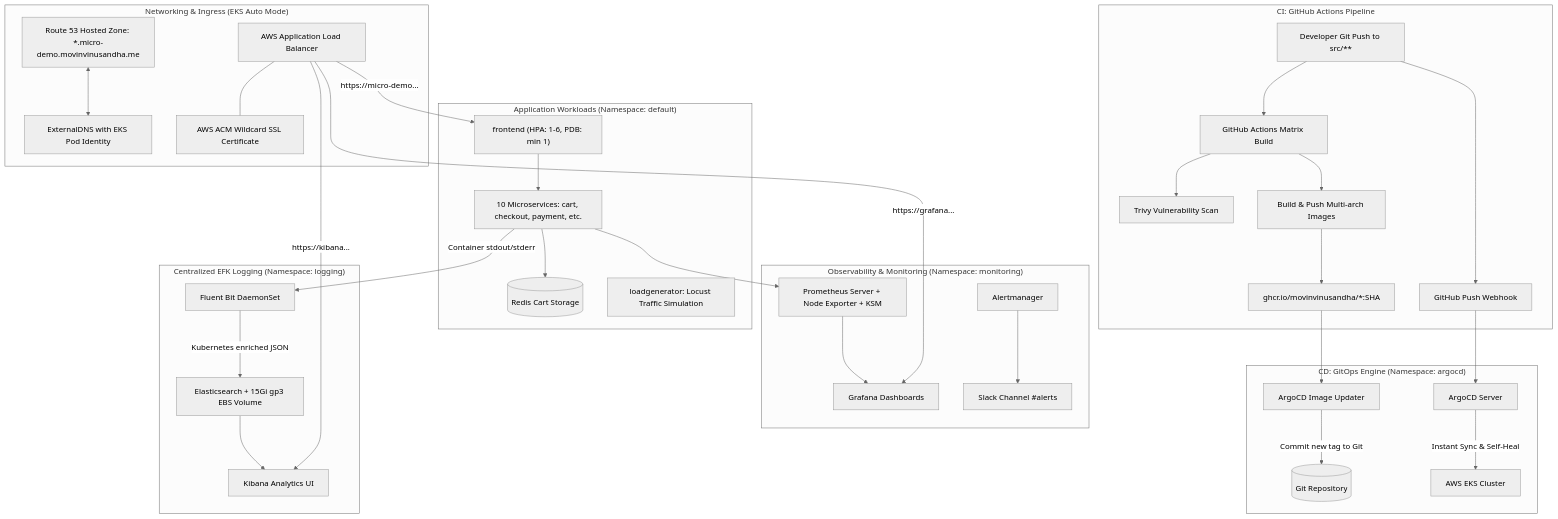
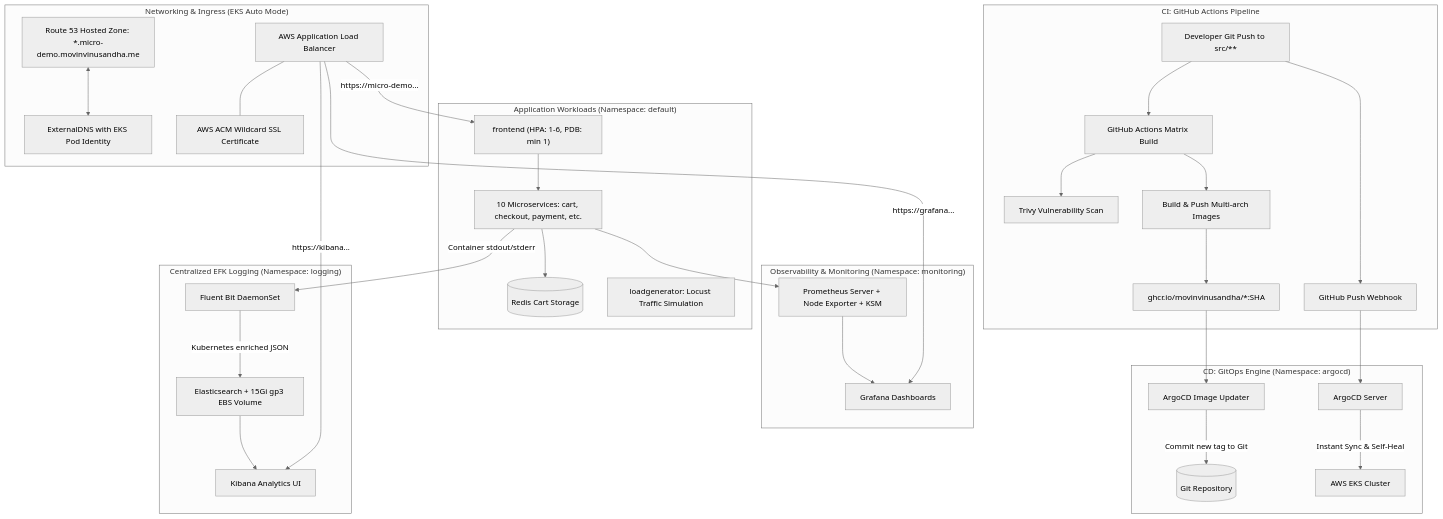
Before and after one commit to MovinVinusandha/google-microservices-demo: the diagram in docs/deployment-guide.md, drawn with Mermaid (neutral theme). The commit also changed other lines of this file and 2 other files, not shown here.

Commit message:
build: update observability documentation and remove Slack integration references

````diff
--- a/docs/deployment-guide.md
+++ b/docs/deployment-guide.md
@@ -9,49 +9,48 @@
 ```mermaid
 flowchart TD
     subgraph CI ["CI: GitHub Actions Pipeline"]
         DEV["Developer Git Push to src/**"] --> GHA["GitHub Actions Matrix Build"]
         GHA --> TRIVY["Trivy Vulnerability Scan"]
         GHA --> DOCKER_BUILD["Build & Push Multi-arch Images"]
         DOCKER_BUILD --> GHCR["ghcr.io/movinvinusandha/*:SHA"]
         DEV --> WEBHOOK["GitHub Push Webhook"]
     end
 
     subgraph CD ["CD: GitOps Engine (Namespace: argocd)"]
         WEBHOOK --> ARGOCD["ArgoCD Server"]
         GHCR --> UPDATER["ArgoCD Image Updater"]
         UPDATER -->|Commit new tag to Git| GIT_REPO[("Git Repository")]
         ARGOCD -->|Instant Sync & Self-Heal| EKS["AWS EKS Cluster"]
     end
 
     subgraph NETWORKING ["Networking & Ingress (EKS Auto Mode)"]
         R53["Route 53 Hosted Zone: *.micro-demo.movinvinusandha.me"]
         EXT_DNS["ExternalDNS with EKS Pod Identity"]
         ALB["AWS Application Load Balancer"]
         ACM["AWS ACM Wildcard SSL Certificate"]
         
         R53 <--> EXT_DNS
         ALB --- ACM
     end
 
     subgraph WORKLOADS ["Application Workloads (Namespace: default)"]
         ALB -->|https://micro-demo...| FRONTEND["frontend (HPA: 1-6, PDB: min 1)"]
         FRONTEND --> SERVICES["10 Microservices: cart, checkout, payment, etc."]
         SERVICES --> REDIS[("Redis Cart Storage")]
         LOADGEN["loadgenerator: Locust Traffic Simulation"]
     end
 
     subgraph OBSERVABILITY ["Observability & Monitoring (Namespace: monitoring)"]
         ALB -->|https://grafana...| GRAFANA["Grafana Dashboards"]
         PROM["Prometheus Server + Node Exporter + KSM"]
-        AM["Alertmanager"] --> SLACK["Slack Channel #alerts"]
         SERVICES --> PROM
         PROM --> GRAFANA
     end
 
     subgraph LOGGING ["Centralized EFK Logging (Namespace: logging)"]
         ALB -->|https://kibana...| KIBANA["Kibana Analytics UI"]
         SERVICES -->|Container stdout/stderr| FB["Fluent Bit DaemonSet"]
         FB -->|Kubernetes enriched JSON| ES["Elasticsearch + 15Gi gp3 EBS Volume"]
         ES --> KIBANA
     end
 ```
````
